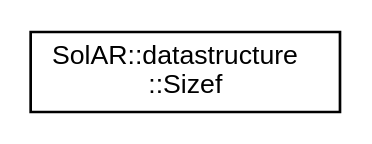
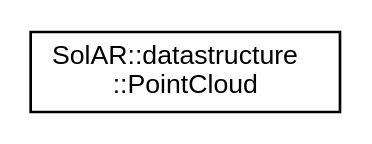
The diagram in api_documentation/inherit_graph_24.dot (SolarFramework/solarframework.github.io), drawn with Graphviz before and after one commit. The commit also changed 544 other files, not shown here.

```diff
--- a/api_documentation/inherit_graph_24.dot
+++ b/api_documentation/inherit_graph_24.dot
@@ -1,7 +1,7 @@
 digraph "Graphical Class Hierarchy"
 {
   edge [fontname="Helvetica",fontsize="10",labelfontname="Helvetica",labelfontsize="10"];
   node [fontname="Helvetica",fontsize="10",shape=record];
   rankdir="LR";
-  Node0 [label="SolAR::datastructure\l::Sizef",height=0.2,width=0.4,color="black", fillcolor="white", style="filled",URL="$struct_sol_a_r_1_1datastructure_1_1_sizef.html",tooltip="A 2D size defined with floats. "];
+  Node0 [label="SolAR::datastructure\l::PointCloud",height=0.2,width=0.4,color="black", fillcolor="white", style="filled",URL="$class_sol_a_r_1_1datastructure_1_1_point_cloud.html",tooltip="A 3D cloud composed of multiple CloudPoints. This class provides a point cloud. "];
 }
```
